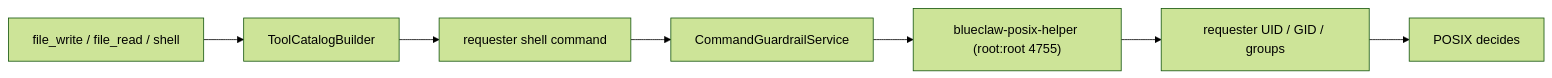
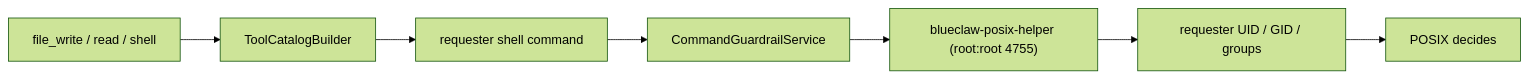
Before and after one commit to yeomyeonggeori/blueclaw: the first of 2 diagrams in docs/architecture.md, drawn with Mermaid (forest theme). The commit also changed other lines of this file and 22 other files, not shown here.

````diff
--- a/docs/architecture.md
+++ b/docs/architecture.md
@@ -453,9 +453,9 @@
 ```mermaid
 flowchart LR
-  Tool["file_write / file_read / shell"] --> Catalog["ToolCatalogBuilder"]
+  Tool["file_write / read / shell"] --> Catalog["ToolCatalogBuilder"]
   Catalog --> Shell["requester shell command"]
   Shell --> Guardrail["CommandGuardrailService"]
   Guardrail --> Helper["blueclaw-posix-helper (root:root 4755)"]
   Helper --> Requester["requester UID / GID / groups"]
   Requester --> POSIX["POSIX decides"]
 ```
````
